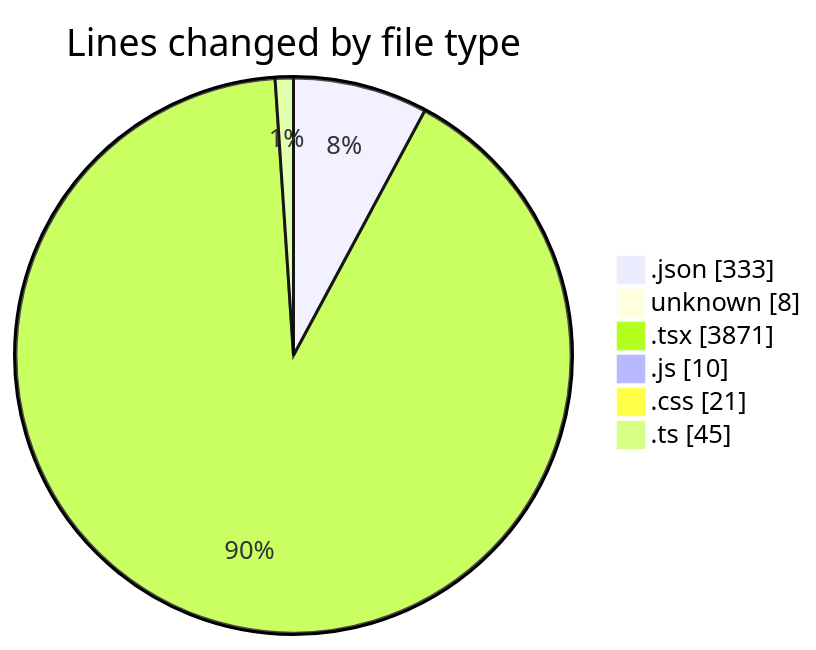
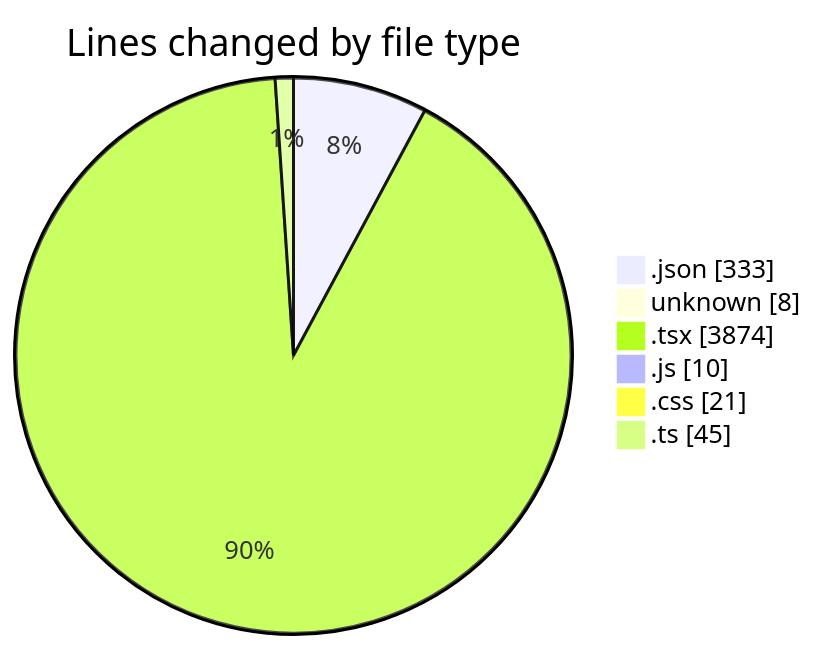
One commit to Elitesun/code-tracking changed the first of 2 diagrams in 2025-05-02/niten/README.md. Above: the diagram before and after it, drawn with Mermaid. The commit also changed other lines of this file and 1 other file, not shown here.

````diff
--- a/2025-05-02/niten/README.md
+++ b/2025-05-02/niten/README.md
@@ -51,10 +51,10 @@
 ```mermaid
 pie showData
 title Lines changed by file type
 ".json" : 333
 "unknown" : 8
-".tsx" : 3871
+".tsx" : 3874
 ".js" : 10
 ".css" : 21
 ".ts" : 45
 ```
````
